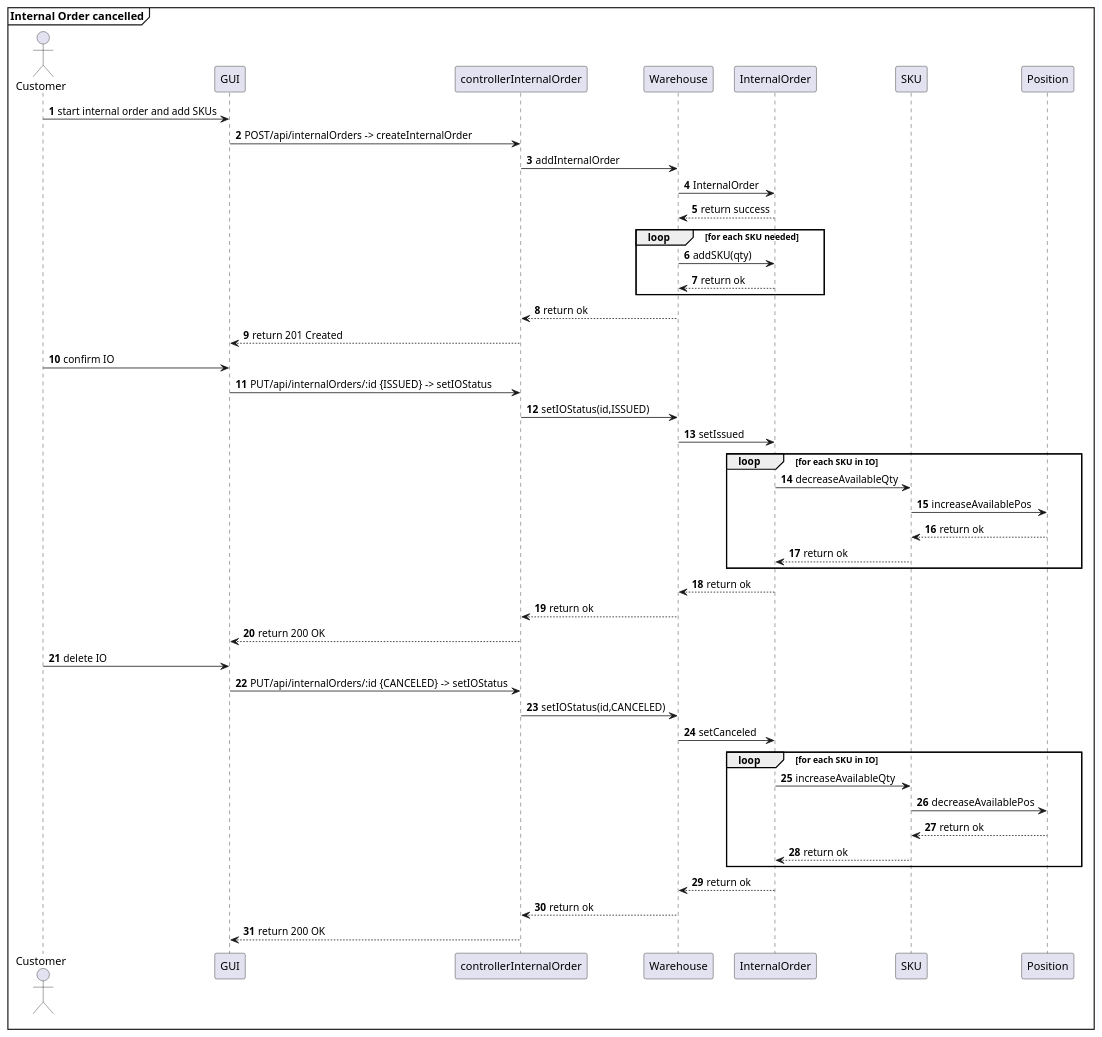
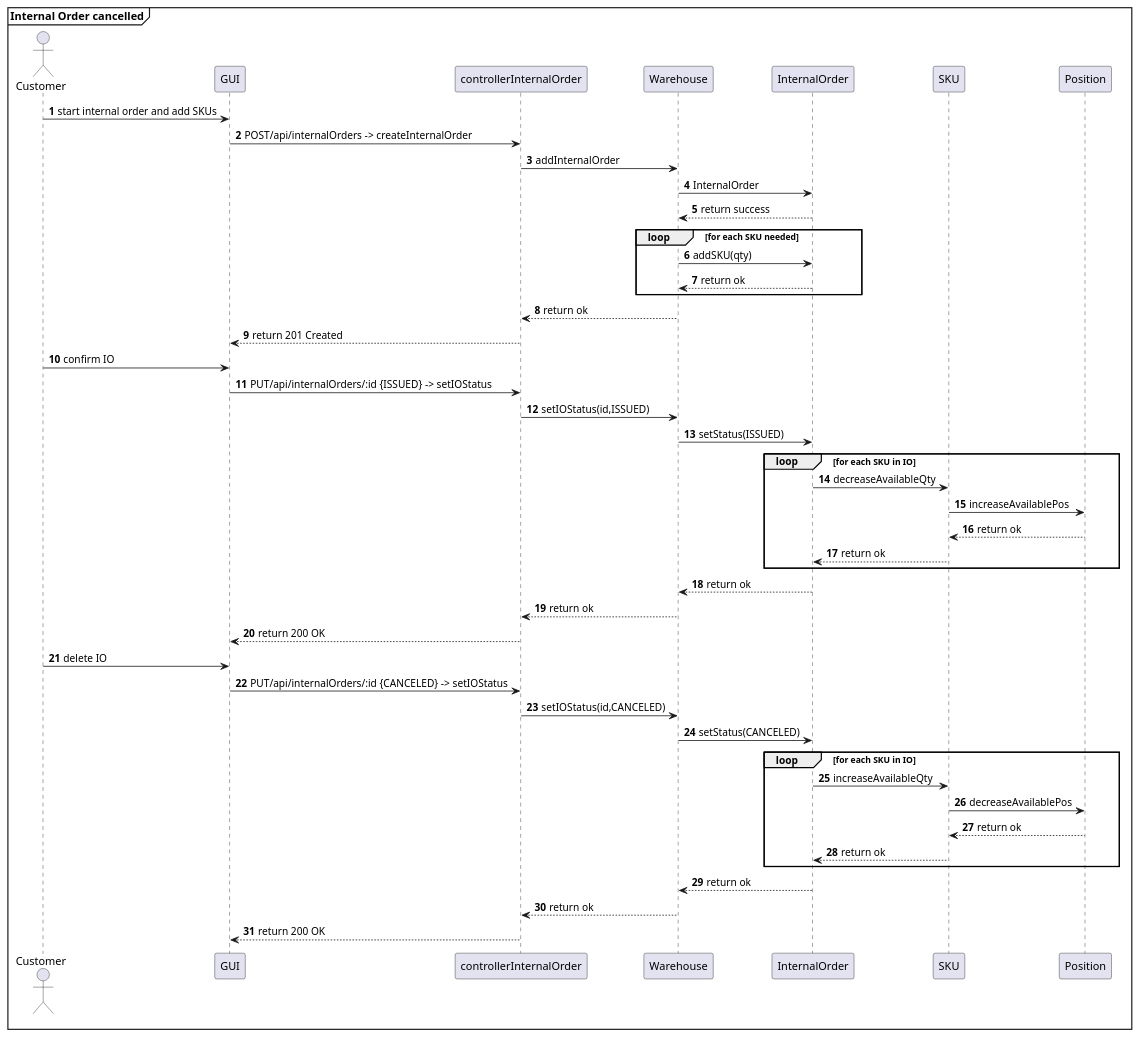
Diagram 24 of 30 in DesignDocument.md (AlexZampa/EzWh), drawn with PlantUML before and after one commit. The commit also changed other lines of this file, not shown here.

````diff
--- a/DesignDocument.md
+++ b/DesignDocument.md
@@ -1290,52 +1291,52 @@
 ```plantuml
 @startuml
 mainframe **Internal Order cancelled**
 actor Customer
 participant GUI
 participant controllerInternalOrder
 participant Warehouse
 participant InternalOrder
 participant SKU
 
 autonumber
 Customer -> GUI : start internal order and add SKUs
 GUI -> controllerInternalOrder : POST/api/internalOrders -> createInternalOrder 
 controllerInternalOrder -> Warehouse : addInternalOrder
 Warehouse -> InternalOrder : InternalOrder
 Warehouse <-- InternalOrder : return success
 loop for each SKU needed
   Warehouse -> InternalOrder : addSKU(qty)
   Warehouse <-- InternalOrder : return ok
 end loop
 controllerInternalOrder <-- Warehouse : return ok
 GUI <-- controllerInternalOrder : return 201 Created
 
 Customer -> GUI : confirm IO
 GUI -> controllerInternalOrder : PUT/api/internalOrders/:id {ISSUED} -> setIOStatus
 controllerInternalOrder -> Warehouse : setIOStatus(id,ISSUED)
-Warehouse -> InternalOrder : setIssued
+Warehouse -> InternalOrder : setStatus(ISSUED)
 loop for each SKU in IO
   InternalOrder -> SKU : decreaseAvailableQty
   SKU -> Position : increaseAvailablePos
   SKU <-- Position : return ok
   InternalOrder <-- SKU : return ok
 end loop
 Warehouse <-- InternalOrder : return ok
 controllerInternalOrder <-- Warehouse : return ok
 GUI <-- controllerInternalOrder : return 200 OK
 
 Customer -> GUI : delete IO
 GUI -> controllerInternalOrder : PUT/api/internalOrders/:id {CANCELED} -> setIOStatus
 controllerInternalOrder -> Warehouse : setIOStatus(id,CANCELED)
-Warehouse -> InternalOrder : setCanceled
+Warehouse -> InternalOrder : setStatus(CANCELED)
 loop for each SKU in IO
   InternalOrder -> SKU : increaseAvailableQty
   SKU -> Position : decreaseAvailablePos
   SKU <-- Position : return ok
   InternalOrder <-- SKU : return ok
 end loop
 Warehouse <-- InternalOrder : return ok
 controllerInternalOrder <-- Warehouse : return ok
 GUI <-- controllerInternalOrder : return 200 OK
 @enduml
 ```
````
